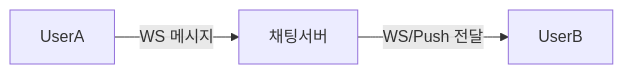
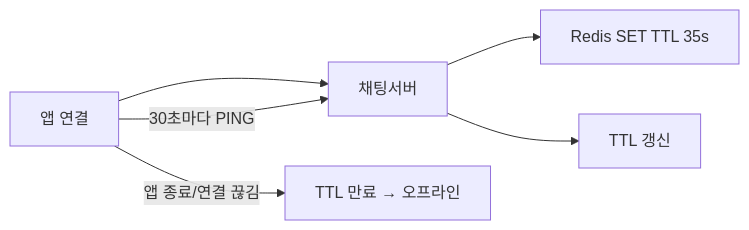
Before and after one commit to yjkim2015/yjkim2015.github.io: the sixth of 7 diagrams in _posts/systemdesign/2026-05-02-system-design-chat.md, drawn with Mermaid. The commit also changed other lines of this file and 4 other files, not shown here.

````diff
--- a/_posts/systemdesign/2026-05-02-system-design-chat.md
+++ b/_posts/systemdesign/2026-05-02-system-design-chat.md
@@ -387,5 +879,8 @@
 ```mermaid
 graph LR
-    A["UserA"] -->|"WS 메시지"| S["채팅서버"]
-    S -->|"WS/Push 전달"| B["UserB"]
+    App["앱 연결"] --> WS["채팅서버"]
+    WS --> Set["Redis SET TTL 35s"]
+    App -->|"30초마다 PING"| WS
+    WS --> Refresh["TTL 갱신"]
+    App -->|"앱 종료/연결 끊김"| Exp["TTL 만료 → 오프라인"]
 ```
````
